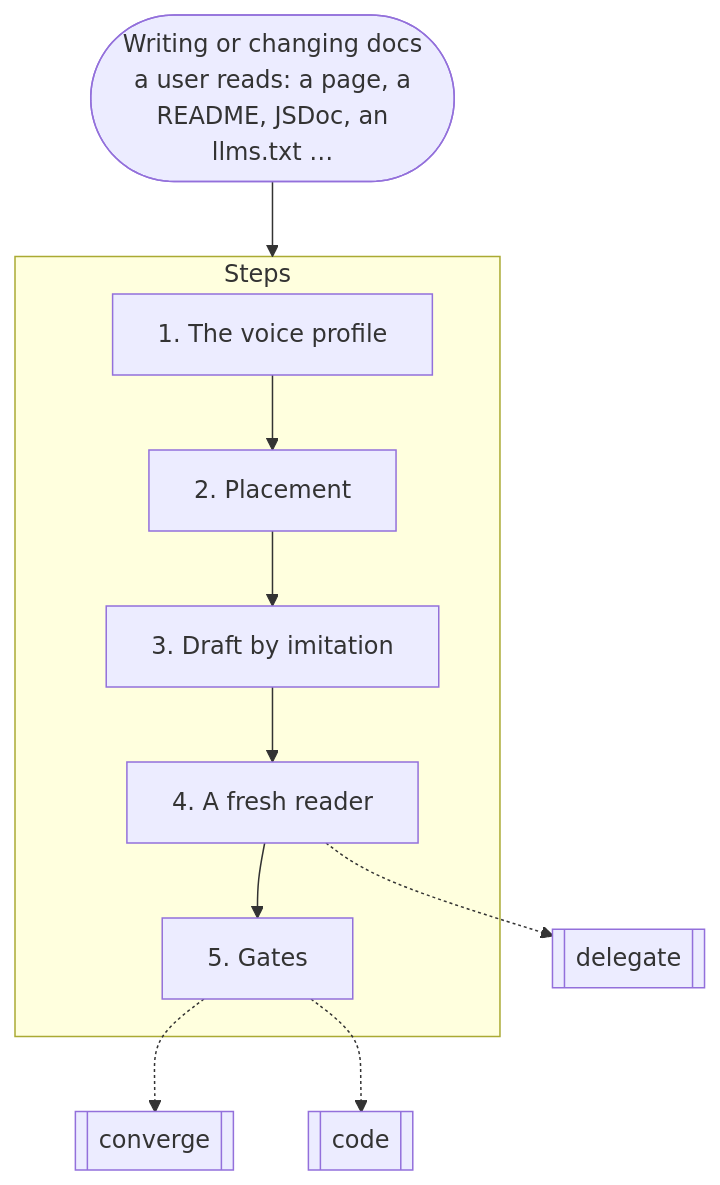
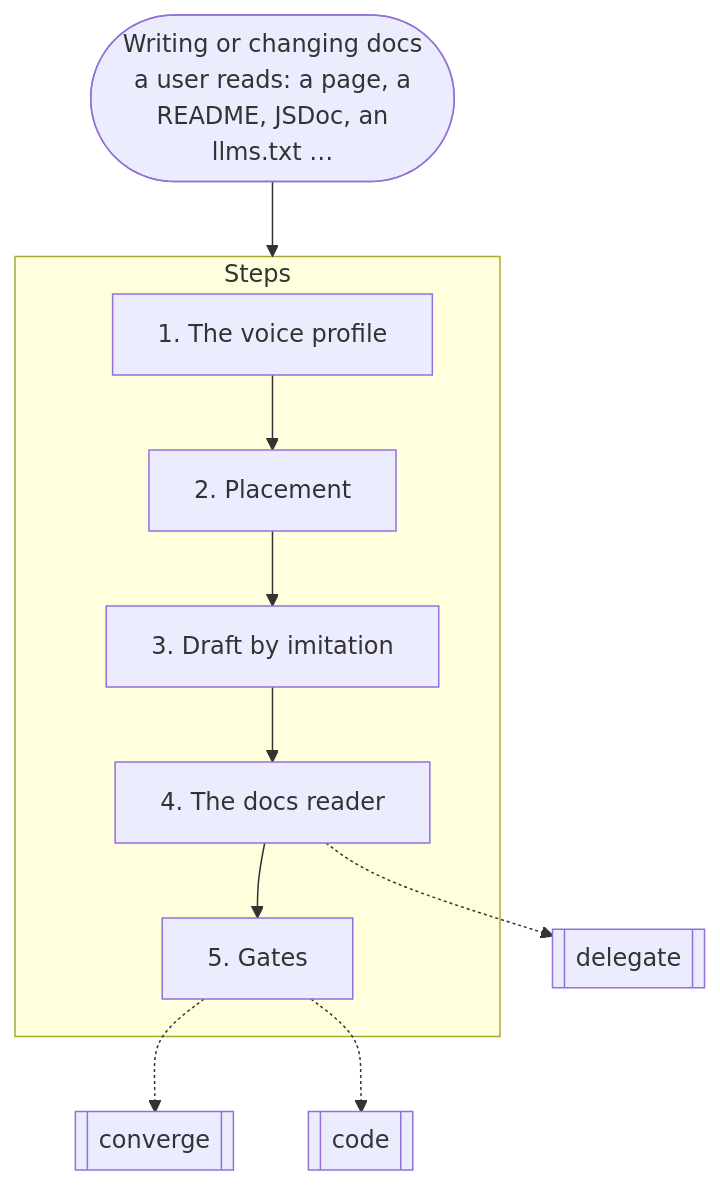
The seventh of 19 diagrams in docs/graphs.md (nitedani-agent/mergeworthy), drawn with Mermaid before and after one commit. The commit also changed other lines of this file and 24 other files, not shown here.

````diff
--- a/docs/graphs.md
+++ b/docs/graphs.md
@@ -181,19 +183,19 @@
 ```mermaid
 flowchart TB
   start(["Writing or changing docs<br/>a user reads: a page, a<br/>README, JSDoc, an<br/>llms.txt …"])
   subgraph g0["Steps"]
     s0["1. The voice profile"]
     s1["2. Placement"]
     s0 --> s1
     s2["3. Draft by imitation"]
     s1 --> s2
-    s3["4. A fresh reader"]
+    s3["4. The docs reader"]
     s2 --> s3
     s4["5. Gates"]
     s3 --> s4
   end
   s3 -.-> r1[["delegate"]]
   s4 -.-> r2[["converge"]]
   s4 -.-> r3[["code"]]
   start --> g0
 ```
````
